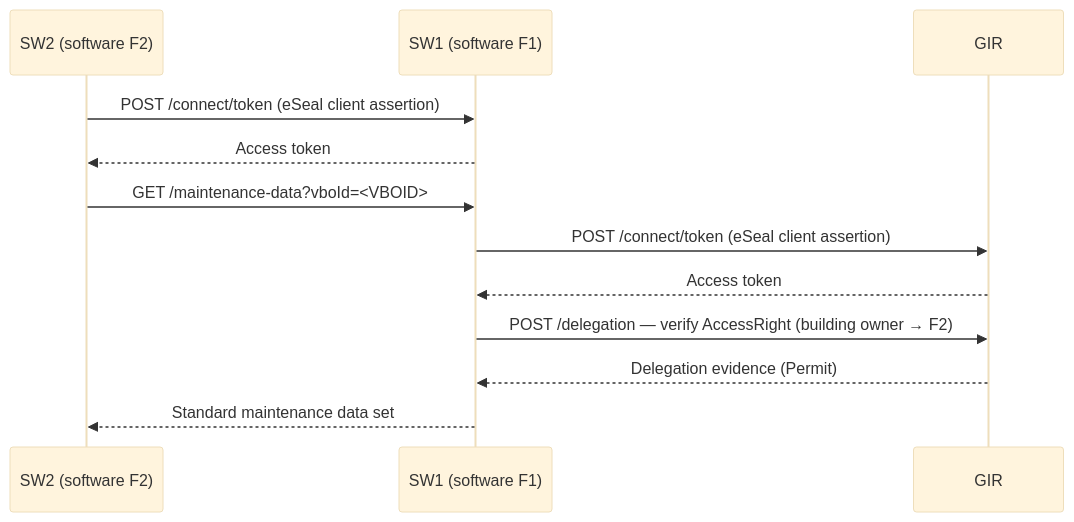
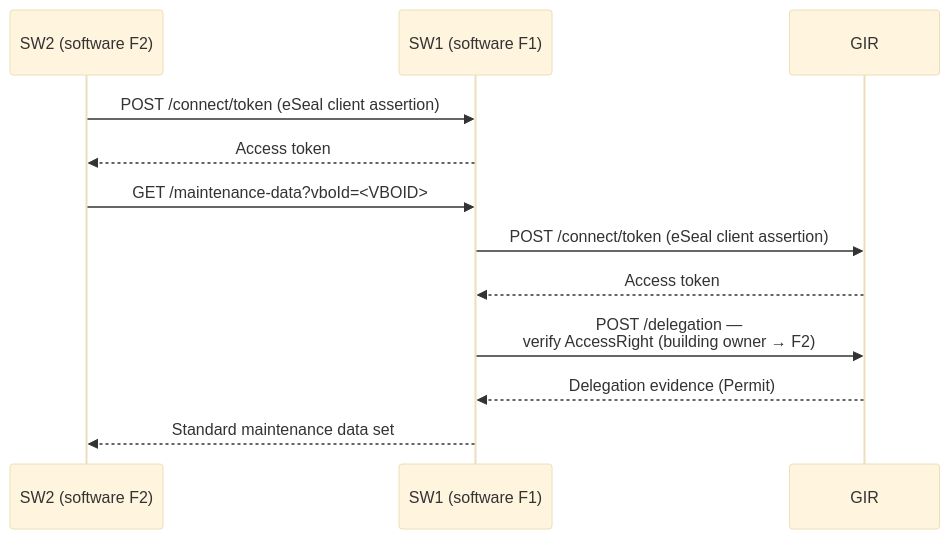
Before and after one commit to POORT8/Poort8.Docs: the fourth of 4 diagrams in gir/digitaal-onderhoudsboekje-flow.md, drawn with Mermaid (base theme). The commit also changed other lines of this file, not shown here.

Commit message:
Deploy gir docs: 092679109b7b20e55ee814ef61155b97e952f66f

````diff
--- a/gir/digitaal-onderhoudsboekje-flow.md
+++ b/gir/digitaal-onderhoudsboekje-flow.md
@@ -327,15 +327,15 @@
 ```mermaid
 sequenceDiagram
     participant SW2 as SW2 (software F2)
     participant SW1 as SW1 (software F1)
     participant GIR as GIR
 
     SW2->>SW1: POST /connect/token (eSeal client assertion)
     SW1-->>SW2: Access token
     SW2->>SW1: GET /maintenance-data?vboId=<VBOID>
     SW1->>GIR: POST /connect/token (eSeal client assertion)
     GIR-->>SW1: Access token
-    SW1->>GIR: POST /delegation — verify AccessRight (building owner → F2)
+    SW1->>GIR: POST /delegation —<br/>verify AccessRight (building owner → F2)
     GIR-->>SW1: Delegation evidence (Permit)
     SW1-->>SW2: Standard maintenance data set
 ```
````
